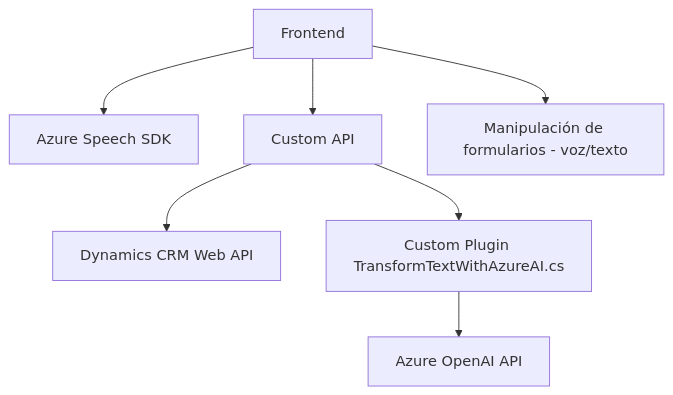
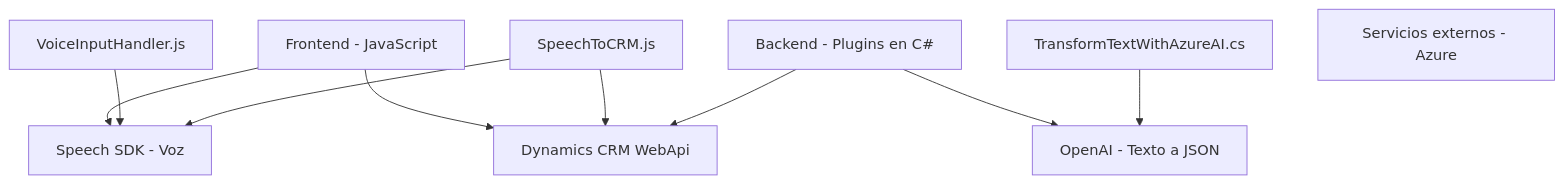
One commit to blopezdm/NETCORE_BILBAO2025 changed the diagram in README.md. Above: the diagram before and after it, drawn with Mermaid. The commit also changed other lines of this file, not shown here.

````diff
--- a/README.md
+++ b/README.md
@@ -57,9 +44,22 @@
 ```mermaid
 graph TD
-    A["Frontend"] --> B["Azure Speech SDK"]
-    A --> C["Custom API"]
-    A --> D["Manipulación de formularios - voz/texto"]
-    C --> E["Dynamics CRM Web API"]
-    C --> F["Custom Plugin TransformTextWithAzureAI.cs"]
-    F --> G["Azure OpenAI API"]
+    A["Frontend - JavaScript"]
+    A1["VoiceInputHandler.js"]
+    A2["SpeechToCRM.js"]
+    B["Backend - Plugins en C#"]
+    B1["TransformTextWithAzureAI.cs"]
+
+    C["Servicios externos - Azure"]
+    C1["Speech SDK - Voz"]
+    C2["OpenAI - Texto a JSON"]
+    C3["Dynamics CRM WebApi"]
+
+    A --> C1
+    A --> C3
+    A1 --> C1
+    A2 --> C1
+    A2 --> C3
+    B --> C2
+    B --> C3
+    B1 --> C2
 ```
````
